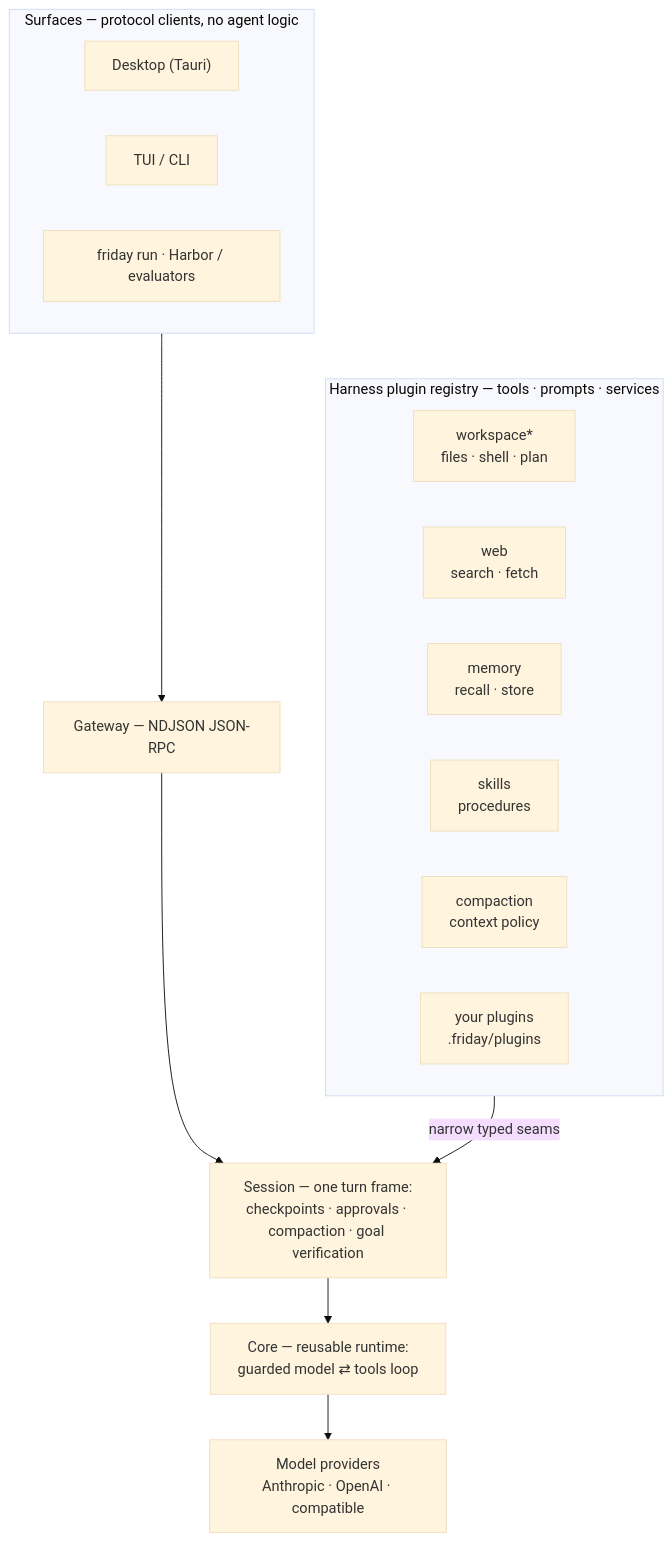
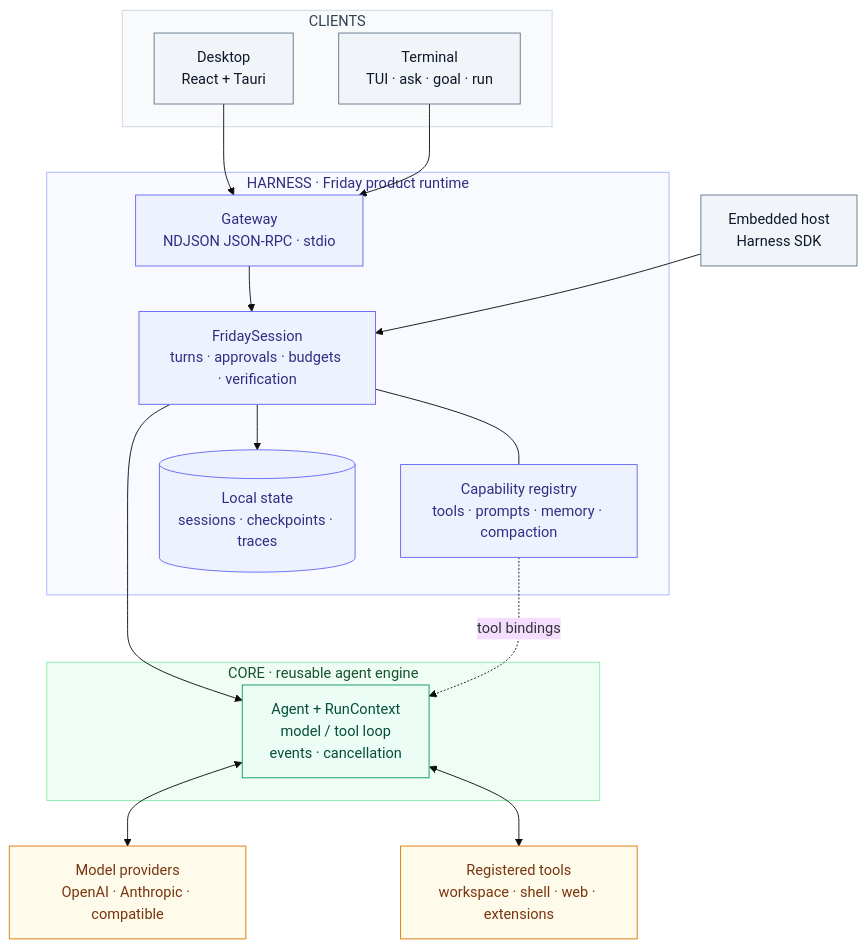
The diagram in README.md (Lancetwang/friday), drawn with Mermaid (base theme) before and after one commit. The commit also changed other lines of this file and 10 other files, not shown here.

Commit message:
fix: account for partial model usage and refresh runtime docs

````diff
--- a/README.md
+++ b/README.md
@@ -110,23 +116,44 @@
 ```mermaid
 flowchart TB
-    subgraph Surfaces["Surfaces — protocol clients, no agent logic"]
-        direction LR
-        Desktop["Desktop (Tauri)"]
-        TUI["TUI / CLI"]
-        Headless["friday run · Harbor / evaluators"]
+    subgraph clients["CLIENTS"]
+        desktop["Desktop<br/>React + Tauri"]
+        terminal["Terminal<br/>TUI · ask · goal · run"]
     end
-    Surfaces --> Gateway["Gateway — NDJSON JSON-RPC"]
-    Gateway --> Session["Session — one turn frame:<br/>checkpoints · approvals · compaction · goal verification"]
-    subgraph Registry["Harness plugin registry — tools · prompts · services"]
-        direction LR
-        Workspace["workspace*<br/>files · shell · plan"]
-        Web["web<br/>search · fetch"]
-        Memory["memory<br/>recall · store"]
-        Skills["skills<br/>procedures"]
-        Compaction["compaction<br/>context policy"]
-        External["your plugins<br/>.friday/plugins"]
+    sdk["Embedded host<br/>Harness SDK"]
+
+    subgraph harness["HARNESS · Friday product runtime"]
+        gateway["Gateway<br/>NDJSON JSON-RPC · stdio"]
+        session["FridaySession<br/>turns · approvals · budgets · verification"]
+        capabilities["Capability registry<br/>tools · prompts · memory · compaction"]
+        state[("Local state<br/>sessions · checkpoints · traces")]
+        gateway --> session
+        session --- capabilities
+        session --> state
     end
-    Registry -- "narrow typed seams" --> Session
-    Session --> Core["Core — reusable runtime:<br/>guarded model ⇄ tools loop"]
-    Core --> Providers["Model providers<br/>Anthropic · OpenAI · compatible"]
+
+    subgraph core["CORE · reusable agent engine"]
+        agent["Agent + RunContext<br/>model / tool loop<br/>events · cancellation"]
+    end
+    model["Model providers<br/>OpenAI · Anthropic · compatible"]
+    tools["Registered tools<br/>workspace · shell · web · extensions"]
+
+    desktop --> gateway
+    terminal --> gateway
+    sdk --> session
+    session --> agent
+    capabilities -. tool bindings .-> agent
+    agent <--> model
+    agent <--> tools
+
+    style clients fill:#f8fafc,stroke:#cbd5e1,color:#334155
+    style harness fill:#f8faff,stroke:#a5b4fc,color:#312e81
+    style core fill:#f0fdf4,stroke:#86efac,color:#14532d
+    classDef client fill:#f1f5f9,stroke:#64748b,color:#0f172a
+    classDef runtime fill:#eef2ff,stroke:#6366f1,color:#312e81
+    classDef engine fill:#ecfdf5,stroke:#059669,color:#064e3b
+    classDef endpoint fill:#fffbeb,stroke:#d97706,color:#78350f
+    class desktop,terminal,sdk client
+    class gateway,session,capabilities,state runtime
+    class agent engine
+    class model,tools endpoint
 ```
````
